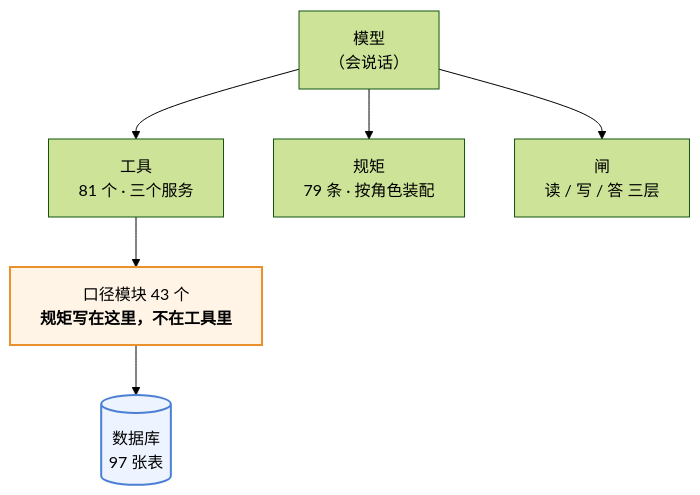
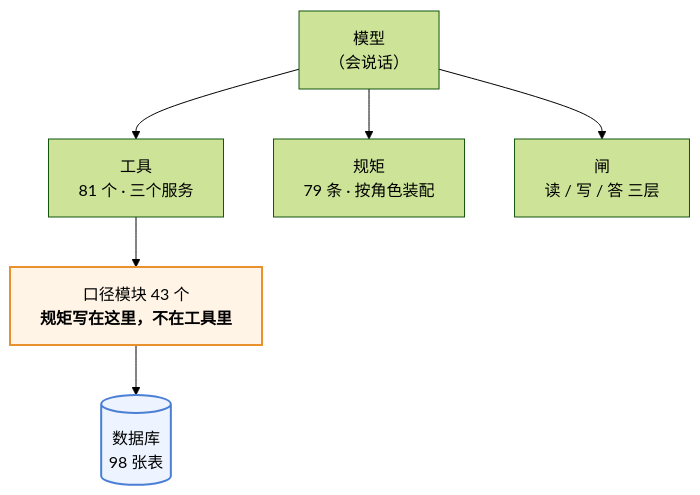
Before and after one commit to 843773296-rgb/lanxiu-yunshang-agent: the first of 3 diagrams in 澜绣云裳agent-产品说明.md, drawn with Mermaid (forest theme). The commit also changed other lines of this file and 10 other files, not shown here.

````diff
--- a/澜绣云裳agent-产品说明.md
+++ b/澜绣云裳agent-产品说明.md
@@ -62,12 +62,12 @@
 ```mermaid
 flowchart TD
     M["模型<br/>（会说话）"]
     M --> T["工具<br/>81 个 · 三个服务"]
     M --> R["规矩<br/>79 条 · 按角色装配"]
     M --> G["闸<br/>读 / 写 / 答 三层"]
     T --> K["口径模块 43 个<br/><b>规矩写在这里，不在工具里</b>"]
-    K --> DB[("数据库<br/>97 张表")]
+    K --> DB[("数据库<br/>98 张表")]
 
     style K fill:#fff4e6,stroke:#e8912d,stroke-width:2px
     style DB fill:#eef4ff,stroke:#4a7fd4,stroke-width:2px
 ```
````
